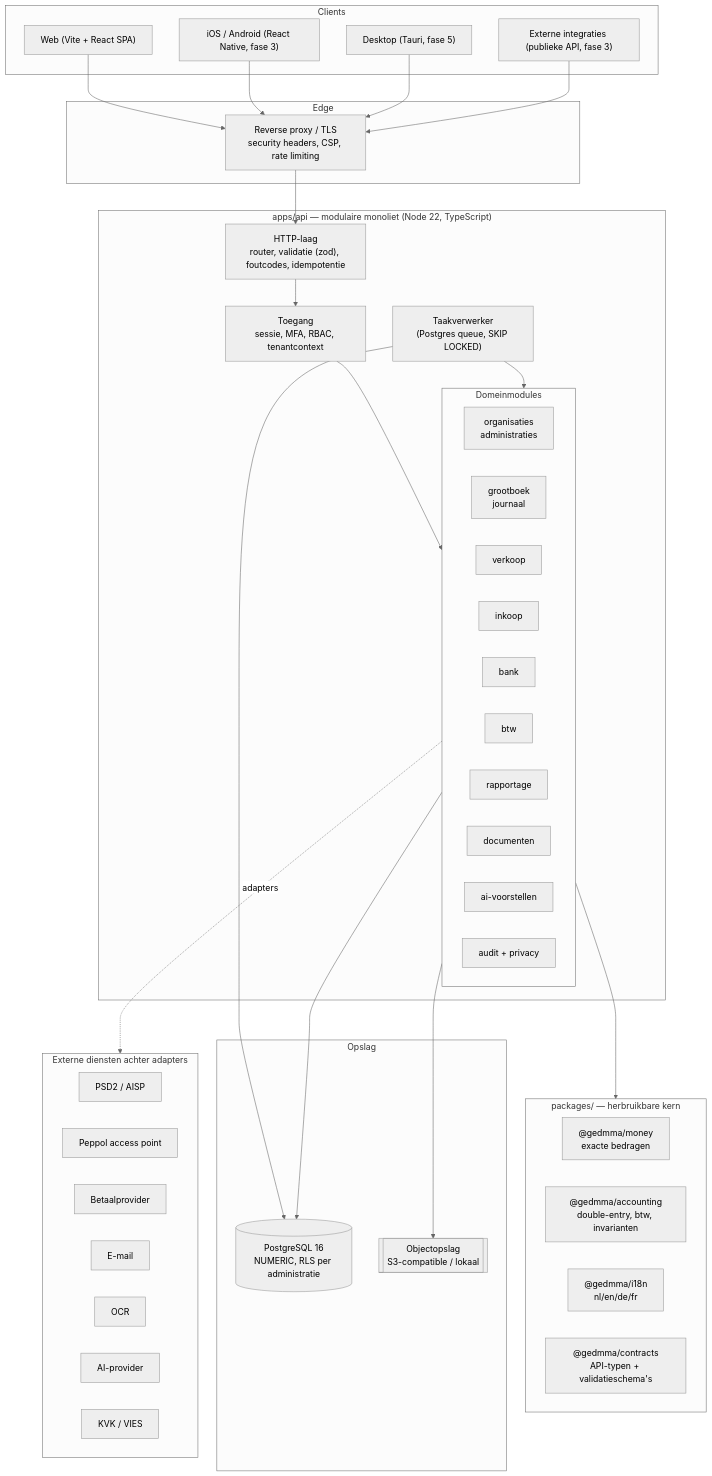
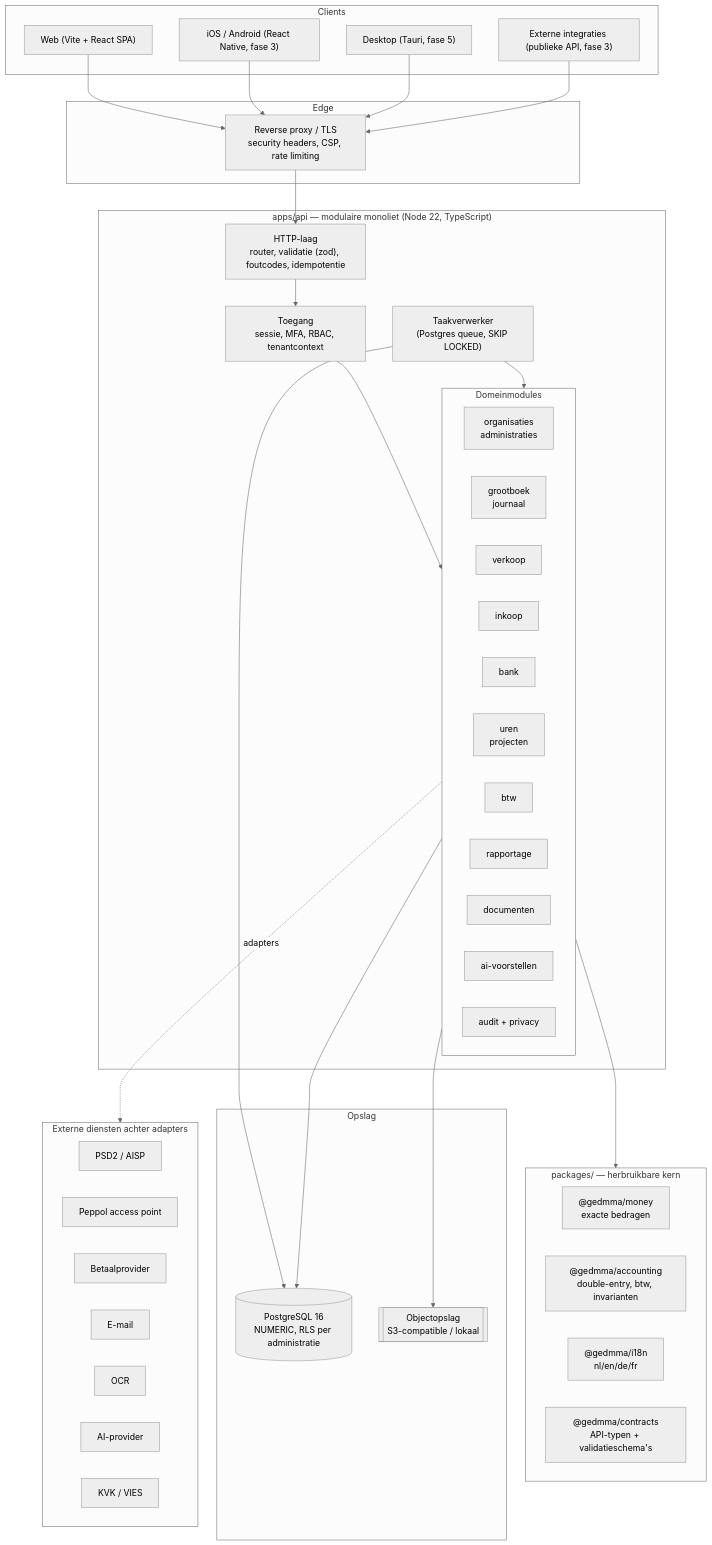
The first of 2 diagrams in docs/architecture.md (motispiritsound-star/Gedmma-app), drawn with Mermaid (neutral theme) before and after one commit. The commit also changed 44 other files, not shown here.

````diff
--- a/docs/architecture.md
+++ b/docs/architecture.md
@@ -15,68 +15,69 @@
 ```mermaid
 flowchart TB
   subgraph clients["Clients"]
     web["Web (Vite + React SPA)"]
     mobile["iOS / Android (React Native, fase 3)"]
     desktop["Desktop (Tauri, fase 5)"]
     api_client["Externe integraties (publieke API, fase 3)"]
   end
 
   subgraph edge["Edge"]
     rp["Reverse proxy / TLS<br/>security headers, CSP, rate limiting"]
   end
 
   subgraph app["apps/api — modulaire monoliet (Node 22, TypeScript)"]
     http["HTTP-laag<br/>router, validatie (zod), foutcodes, idempotentie"]
     authz["Toegang<br/>sessie, MFA, RBAC, tenantcontext"]
     subgraph modules["Domeinmodules"]
       direction LR
       m_org["organisaties<br/>administraties"]
       m_led["grootboek<br/>journaal"]
       m_sales["verkoop"]
       m_purch["inkoop"]
       m_bank["bank"]
+      m_uren["uren<br/>projecten"]
       m_tax["btw"]
       m_rep["rapportage"]
       m_doc["documenten"]
       m_ai["ai-voorstellen"]
       m_audit["audit + privacy"]
     end
     jobs["Taakverwerker<br/>(Postgres queue, SKIP LOCKED)"]
   end
 
   subgraph packages["packages/ — herbruikbare kern"]
     p_money["@gedmma/money<br/>exacte bedragen"]
     p_acc["@gedmma/accounting<br/>double-entry, btw, invarianten"]
     p_i18n["@gedmma/i18n<br/>nl/en/de/fr"]
     p_contracts["@gedmma/contracts<br/>API-typen + validatieschema's"]
   end
 
   subgraph data["Opslag"]
     pg[("PostgreSQL 16<br/>NUMERIC, RLS per administratie")]
     obj[["Objectopslag<br/>S3-compatible / lokaal"]]
   end
 
   subgraph ext["Externe diensten achter adapters"]
     psd2["PSD2 / AISP"]
     peppol["Peppol access point"]
     psp["Betaalprovider"]
     mail["E-mail"]
     ocr["OCR"]
     llm["AI-provider"]
     kvk["KVK / VIES"]
   end
 
   web --> rp
   mobile --> rp
   desktop --> rp
   api_client --> rp
   rp --> http
   http --> authz
   authz --> modules
   modules --> packages
   modules --> pg
   m_doc --> obj
   jobs --> modules
   jobs --> pg
   modules -.adapters.-> ext
 ```
````
